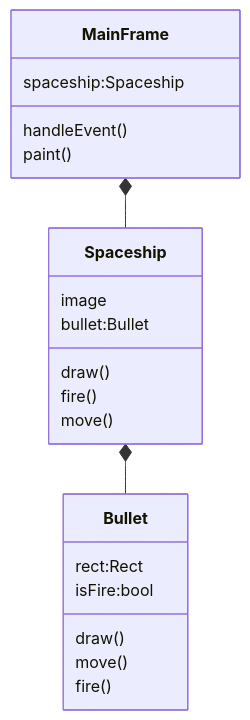
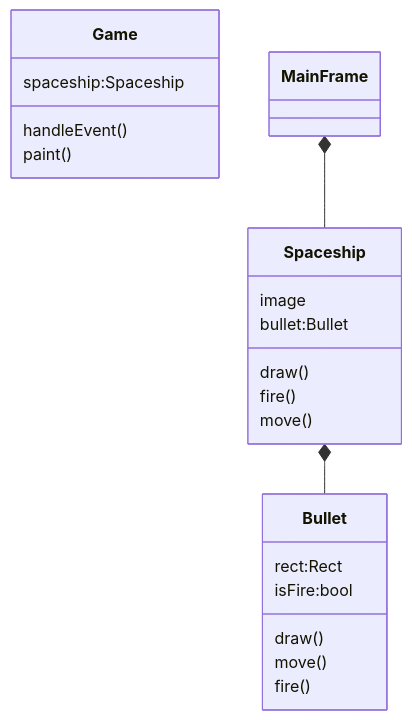
One commit to jwang1122/pygame changed the second of 4 diagrams in doc/pygame.md. Above: the diagram before and after it, drawn with Mermaid. The commit also changed other lines of this file and 18 other files, not shown here.

````diff
--- a/doc/pygame.md
+++ b/doc/pygame.md
@@ -226,26 +240,26 @@
 ```mermaid
 classDiagram
 
-class MainFrame{
+class Game{
     spaceship:Spaceship
     handleEvent()
     paint()
 }
 class Spaceship{
     image
     bullet:Bullet
     draw()
     fire()
     move()
 }
 class Bullet{
     rect:Rect
     isFire:bool
     draw()
     move()
     fire()
 }
 
 Spaceship *-- Bullet
 MainFrame *--Spaceship
 ```
````
